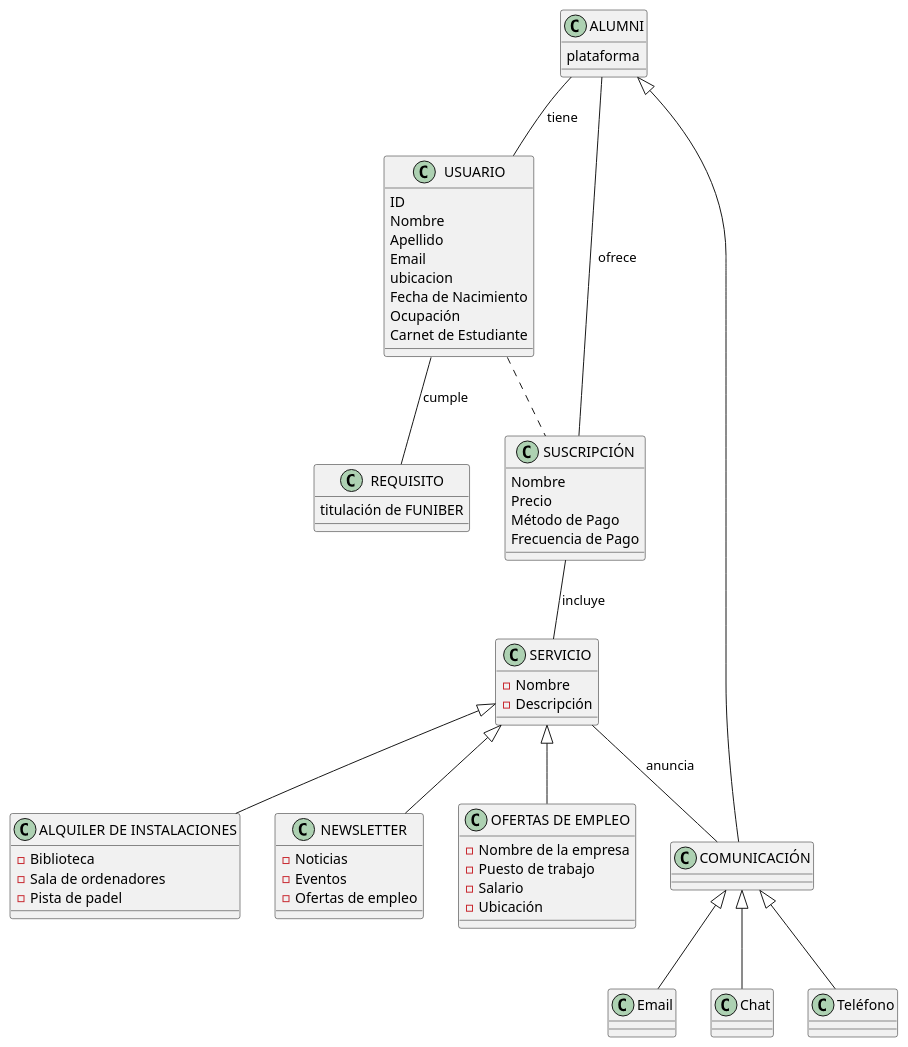
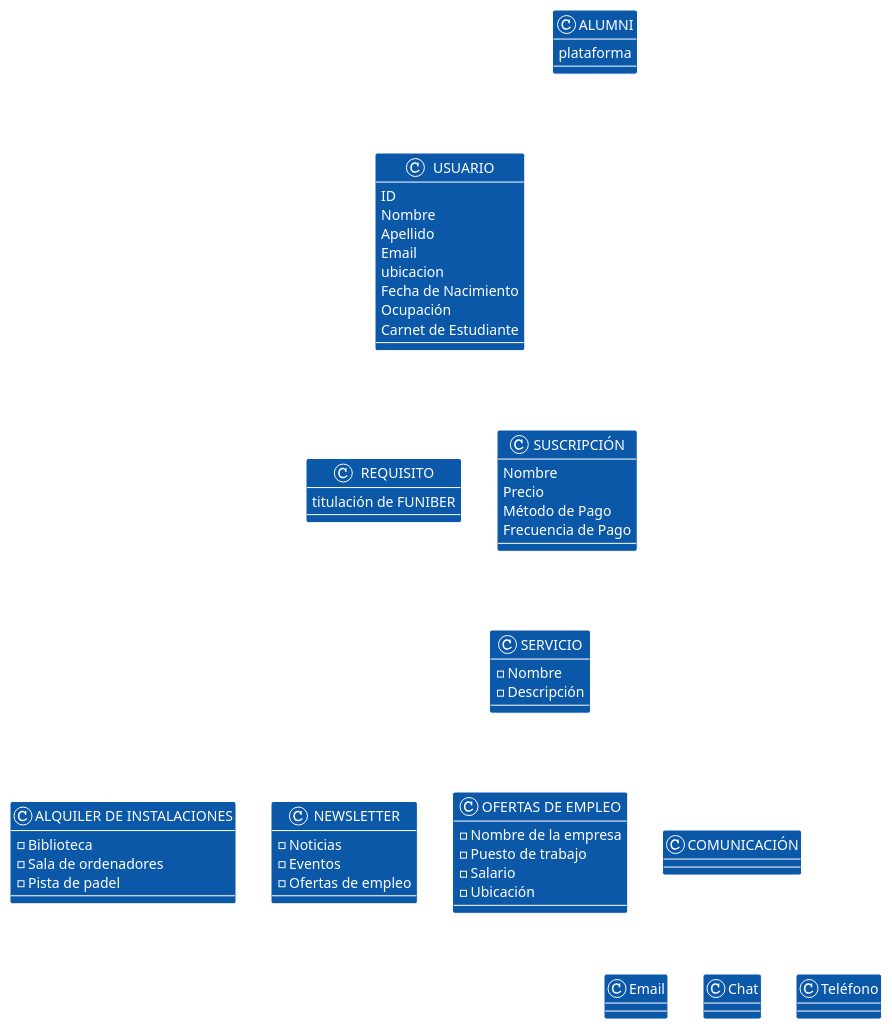
Before and after one commit to mmasias/23-24-IdSw1-SDR: the diagram in Modelos_de_Dominio/Modelos_Finales/Primera_Iteración/Modelo_de_Dominio.puml, drawn with PlantUML. The commit also changed 1 other file, not shown here.

```diff
--- a/Modelos_de_Dominio/Modelos_Finales/Primera_Iteración/Modelo_de_Dominio.puml
+++ b/Modelos_de_Dominio/Modelos_Finales/Primera_Iteración/Modelo_de_Dominio.puml
@@ -1,79 +1,79 @@
 @startuml AlumniModel
 
-'!theme amiga
-skinparam backgroundColor transparent
+!theme amiga
+skinparam backgroundColor #0d111700
 skinparam defaultFontName Arial
 
 class ALUMNI {
    plataforma
 }
 
 class USUARIO {
     ID
     Nombre 
     Apellido 
     Email 
     ubicacion 
     Fecha de Nacimiento 
     Ocupación
     Carnet de Estudiante
 }
 
 class REQUISITO {
     titulación de FUNIBER
 }
 
 class SUSCRIPCIÓN {
     Nombre 
     Precio 
     Método de Pago
     Frecuencia de Pago
 }
 
 class SERVICIO {
     - Nombre 
     - Descripción 
 }
 
 class COMUNICACIÓN {
 }
 
 class "ALQUILER DE INSTALACIONES" {
     - Biblioteca
     - Sala de ordenadores
     - Pista de padel
 }
 
 class NEWSLETTER {
     - Noticias
     - Eventos
     - Ofertas de empleo
 }
 
 class "OFERTAS DE EMPLEO" {
     - Nombre de la empresa
     - Puesto de trabajo
     - Salario
     - Ubicación
 }
 
 ALUMNI -- USUARIO : tiene
 ALUMNI -- SUSCRIPCIÓN : ofrece
 SUSCRIPCIÓN -- SERVICIO : incluye
 USUARIO -- REQUISITO : cumple
 
 
 ALUMNI <|-- "COMUNICACIÓN"
 SERVICIO <|-- "ALQUILER DE INSTALACIONES"
 SERVICIO <|-- "NEWSLETTER"
 SERVICIO <|-- "OFERTAS DE EMPLEO"
 
 USUARIO .. SUSCRIPCIÓN
 
 SERVICIO -- "COMUNICACIÓN": anuncia
 
 COMUNICACIÓN <|-d- Email
 COMUNICACIÓN <|-d- Chat
 COMUNICACIÓN <|-d- Teléfono
 
 @enduml
```
